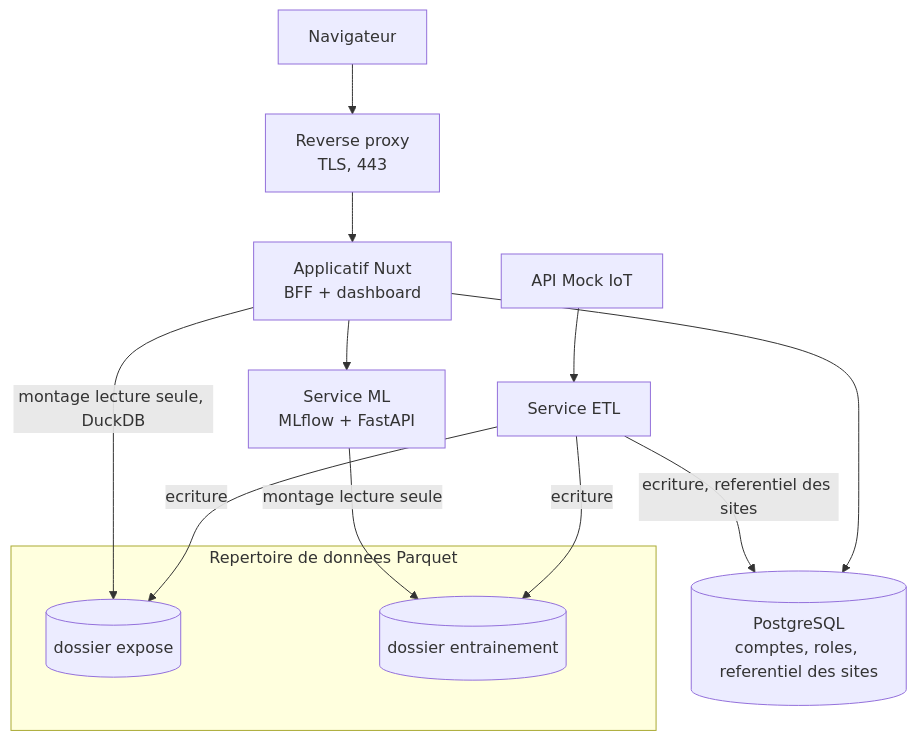
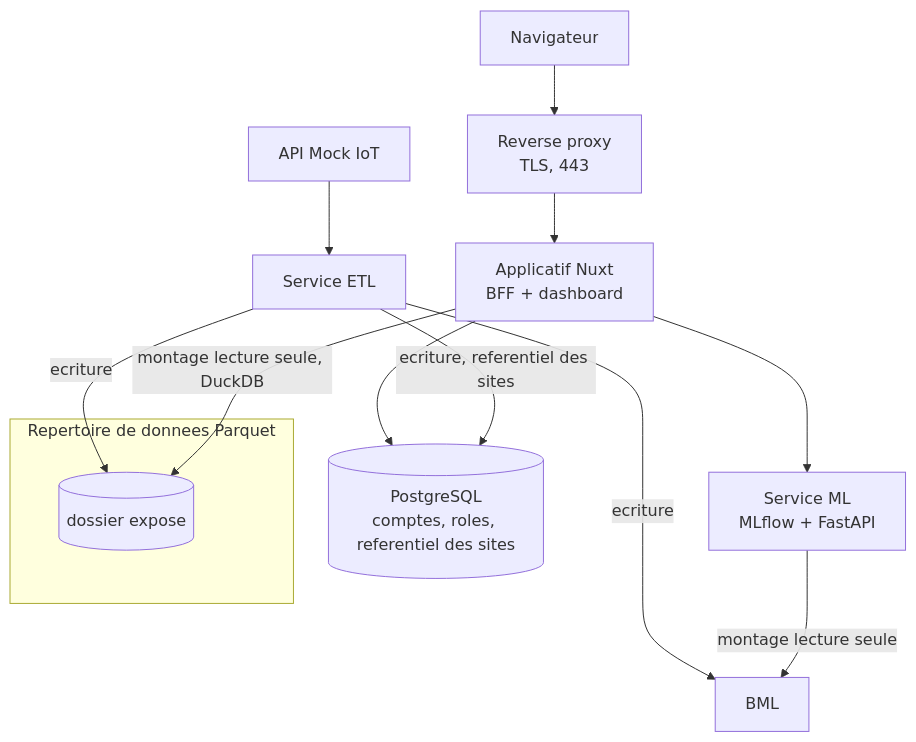
The first of 4 diagrams in docs/architecture.md (AlexRovere/smart-energy-optimizer), drawn with Mermaid before and after one commit. The commit also changed other lines of this file and 3 other files, not shown here.

````diff
--- a/docs/architecture.md
+++ b/docs/architecture.md
@@ -18,17 +18,16 @@
 ```mermaid
 flowchart TB
     U["Navigateur"] --> RP["Reverse proxy<br/>TLS, 443"]
     RP --> APP["Applicatif Nuxt<br/>BFF + dashboard"]
     APP --> PG[("PostgreSQL<br/>comptes, roles, referentiel des sites")]
     APP --> ML["Service ML<br/>MLflow + FastAPI"]
     MOCK["API Mock IoT"] --> ETL["Service ETL"]
     ETL -->|"ecriture, referentiel des sites"| PG
     subgraph VOL["Repertoire de donnees Parquet"]
         BEX[("dossier expose")]
-        BML[("dossier entrainement")]
     end
     ETL -->|ecriture| BEX
     ETL -->|ecriture| BML
     APP -->|montage lecture seule, DuckDB| BEX
     ML -->|montage lecture seule| BML
 ```
````
